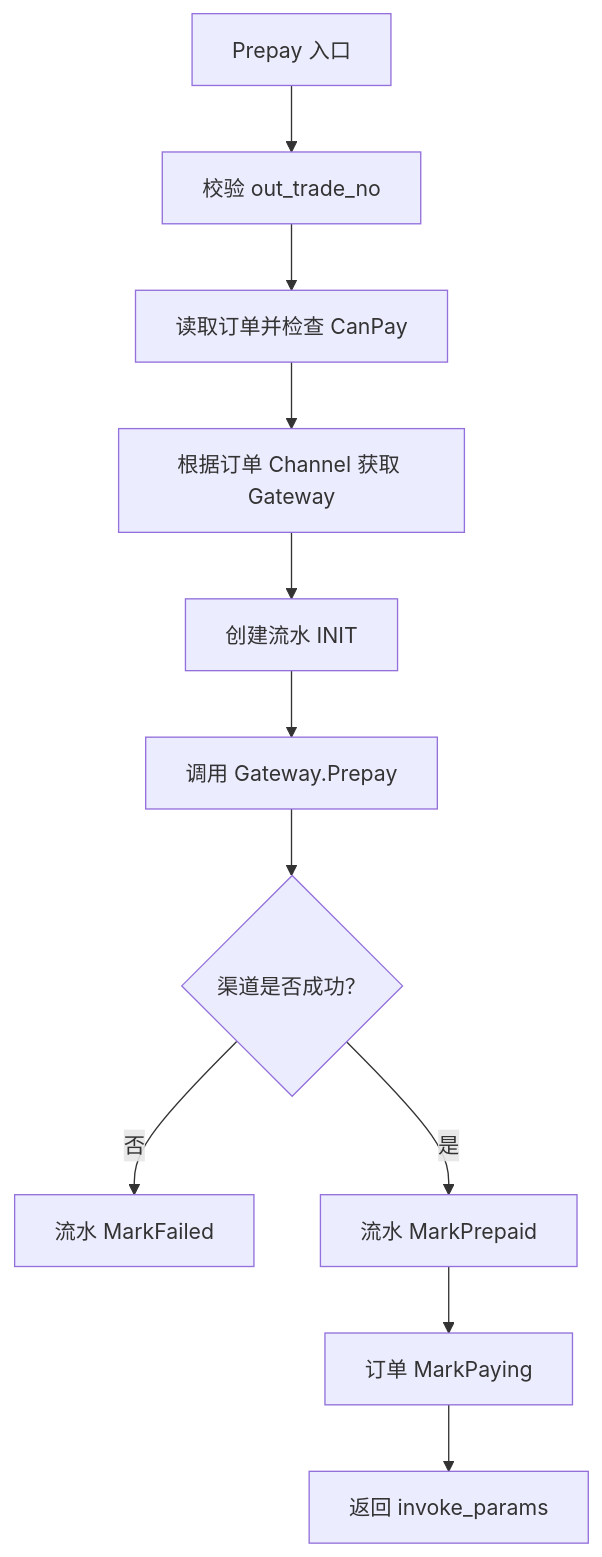
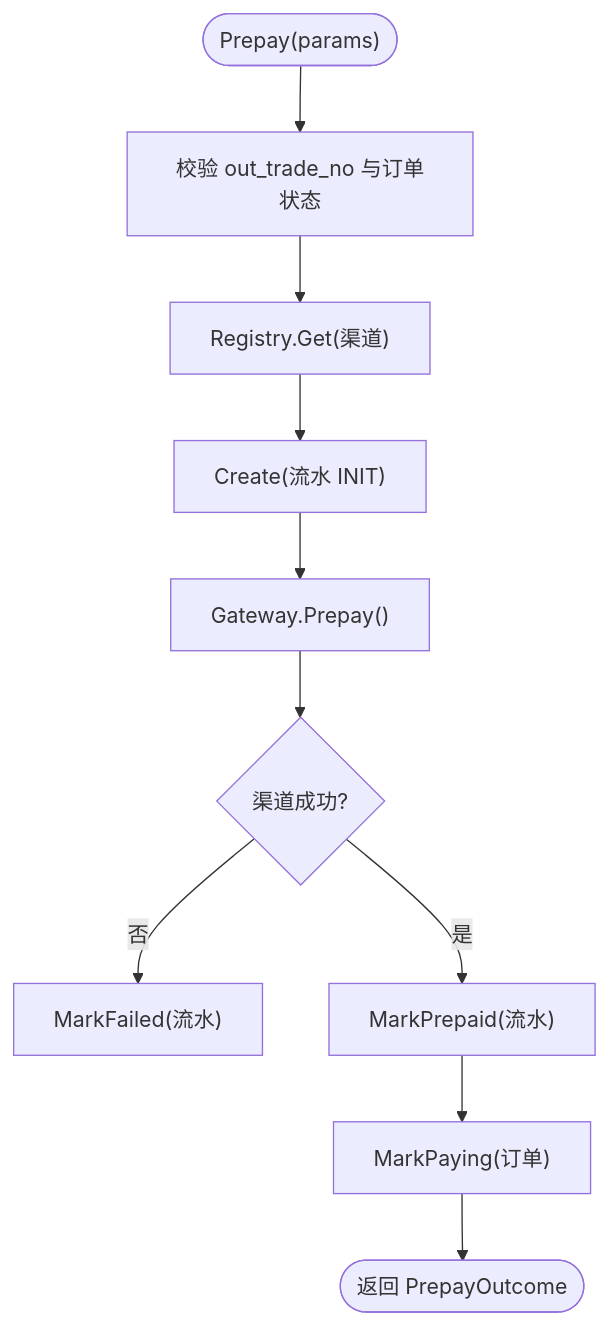
Before and after one commit to gbtdesign/payment: the sixth of 9 diagrams in .qoder/repowiki/zh/content/架构设计/架构设计.md, drawn with Mermaid. The commit also changed other lines of this file and 107 other files, not shown here.

````diff
--- a/.qoder/repowiki/zh/content/架构设计/架构设计.md
+++ b/.qoder/repowiki/zh/content/架构设计/架构设计.md
@@ -212,13 +249,12 @@
 ```mermaid
 flowchart TD
-A["Prepay 入口"] --> B["校验 out_trade_no"]
-B --> C["读取订单并检查 CanPay"]
-C --> D["根据订单 Channel 获取 Gateway"]
-D --> E["创建流水 INIT"]
-E --> F["调用 Gateway.Prepay"]
-F --> G{"渠道是否成功？"}
-G --> |否| H["流水 MarkFailed"]
-G --> |是| I["流水 MarkPrepaid"]
-I --> J["订单 MarkPaying"]
-J --> K["返回 invoke_params"]
+Start(["Prepay(params)"]) --> Validate["校验 out_trade_no 与订单状态"]
+Validate --> GetGateway["Registry.Get(渠道)"]
+GetGateway --> CreatePayment["Create(流水 INIT)"]
+CreatePayment --> CallChannel["Gateway.Prepay()"]
+CallChannel --> ChOk{"渠道成功?"}
+ChOk --> |否| MarkFailed["MarkFailed(流水)"]
+ChOk --> |是| MarkPrepaid["MarkPrepaid(流水)"]
+MarkPrepaid --> MarkPaying["MarkPaying(订单)"]
+MarkPaying --> Return(["返回 PrepayOutcome"])
 ```
````
